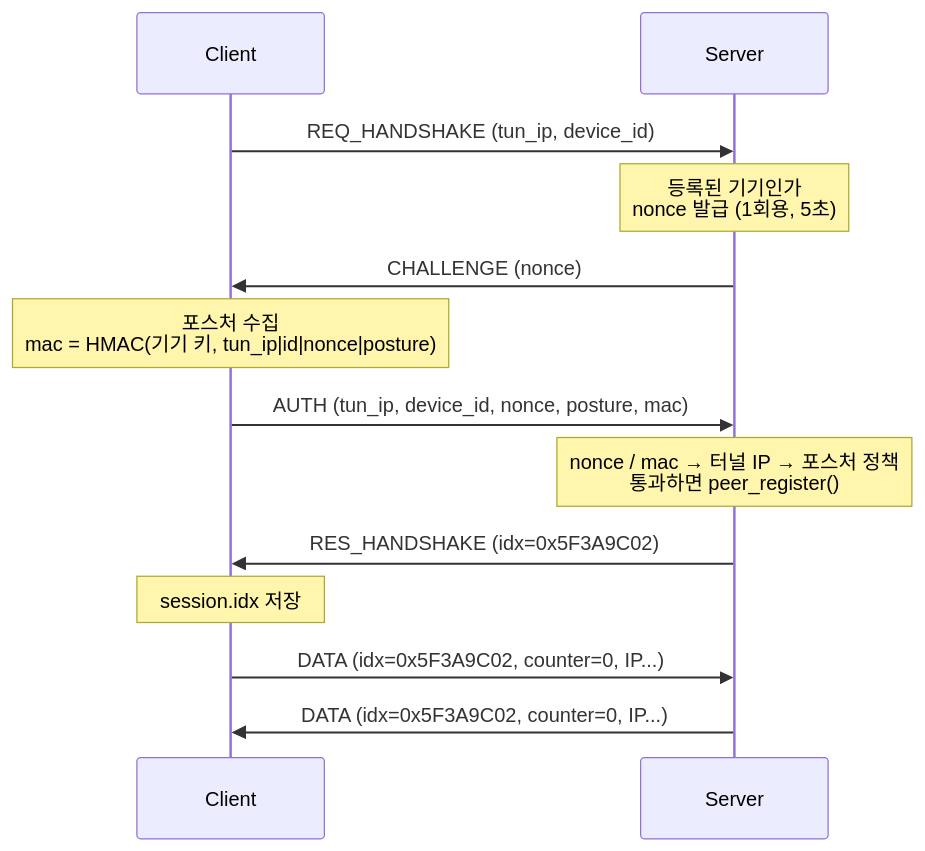
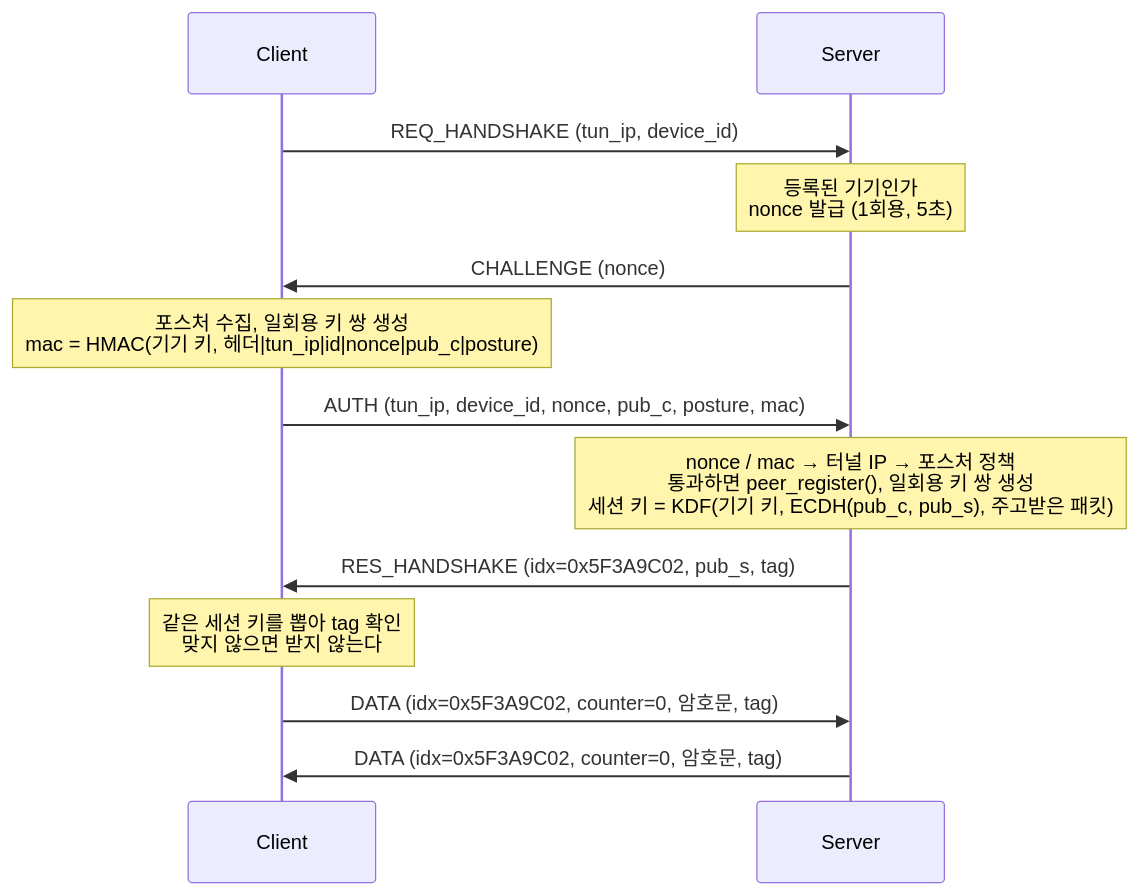
One commit to k1msatgat/my_vpn changed the first of 2 diagrams in README.md. Above: the diagram before and after it, drawn with Mermaid. The commit also changed other lines of this file and 25 other files, not shown here.

````diff
--- a/README.md
+++ b/README.md
@@ -94,15 +98,15 @@
 ```mermaid
 sequenceDiagram
     participant C as Client
     participant S as Server
     C->>S: REQ_HANDSHAKE (tun_ip, device_id)
     Note over S: 등록된 기기인가<br/>nonce 발급 (1회용, 5초)
     S->>C: CHALLENGE (nonce)
-    Note over C: 포스처 수집<br/>mac = HMAC(기기 키, tun_ip|id|nonce|posture)
-    C->>S: AUTH (tun_ip, device_id, nonce, posture, mac)
-    Note over S: nonce / mac → 터널 IP → 포스처 정책<br/>통과하면 peer_register()
-    S->>C: RES_HANDSHAKE (idx=0x5F3A9C02)
-    Note over C: session.idx 저장
-    C->>S: DATA (idx=0x5F3A9C02, counter=0, IP...)
-    S->>C: DATA (idx=0x5F3A9C02, counter=0, IP...)
+    Note over C: 포스처 수집, 일회용 키 쌍 생성<br/>mac = HMAC(기기 키, 헤더|tun_ip|id|nonce|pub_c|posture)
+    C->>S: AUTH (tun_ip, device_id, nonce, pub_c, posture, mac)
+    Note over S: nonce / mac → 터널 IP → 포스처 정책<br/>통과하면 peer_register(), 일회용 키 쌍 생성<br/>세션 키 = KDF(기기 키, ECDH(pub_c, pub_s), 주고받은 패킷)
+    S->>C: RES_HANDSHAKE (idx=0x5F3A9C02, pub_s, tag)
+    Note over C: 같은 세션 키를 뽑아 tag 확인<br/>맞지 않으면 받지 않는다
+    C->>S: DATA (idx=0x5F3A9C02, counter=0, 암호문, tag)
+    S->>C: DATA (idx=0x5F3A9C02, counter=0, 암호문, tag)
 ```
````
